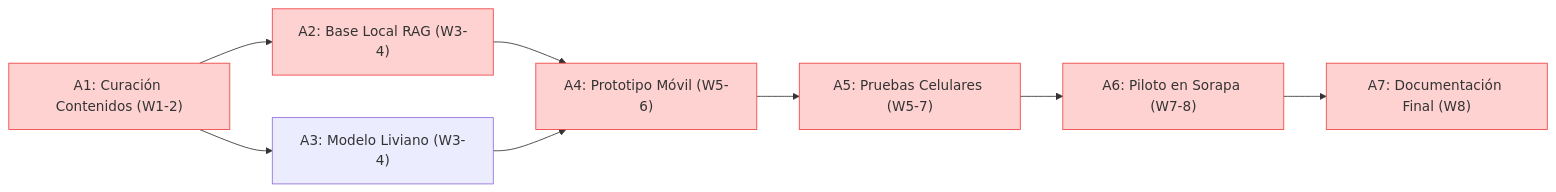
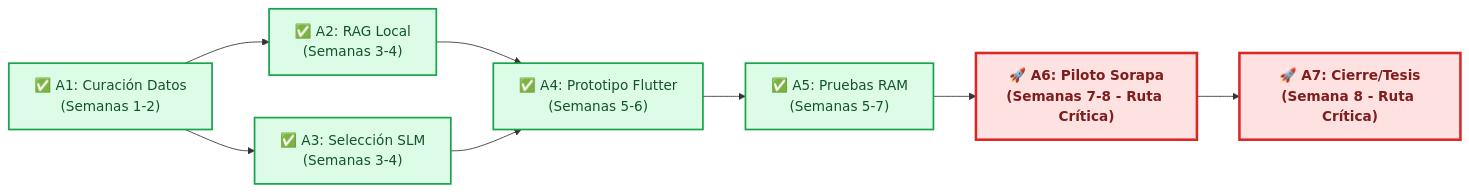
One commit to jhanslarico11/Perfil-de-Egreso changed the third of 5 diagrams in docs/ChristianRafaelMamaniCallata/entregable3.md. Above: the diagram before and after it, drawn with Mermaid. The commit also changed other lines of this file and 4 other files, not shown here.

Commit message:
Personalización visual y estilización de los diagramas Mermaid

````diff
--- a/docs/ChristianRafaelMamaniCallata/entregable3.md
+++ b/docs/ChristianRafaelMamaniCallata/entregable3.md
@@ -218,17 +225,16 @@
 ```mermaid
 graph LR
-    A1["A1: Curación Contenidos (W1-2)"] --> A2["A2: Base Local RAG (W3-4)"]
-    A1 --> A3["A3: Modelo Liviano (W3-4)"]
-    A2 --> A4["A4: Prototipo Móvil (W5-6)"]
+    classDef critical fill:#fee2e2,stroke:#dc2626,stroke-width:3px,color:#7f1d1d,font-weight:bold;
+    classDef done fill:#dcfce7,stroke:#16a34a,stroke-width:2px,color:#14532d;
+
+    A1["✅ A1: Curación Datos<br>(Semanas 1-2)"]:::done --> A2["✅ A2: RAG Local<br>(Semanas 3-4)"]:::done
+    A1 --> A3["✅ A3: Selección SLM<br>(Semanas 3-4)"]:::done
+    A2 --> A4["✅ A4: Prototipo Flutter<br>(Semanas 5-6)"]:::done
     A3 --> A4
-    A4 --> A5["A5: Pruebas Celulares (W5-7)"]
-    A5 --> A6["A6: Piloto en Sorapa (W7-8)"]
-    A6 --> A7["A7: Documentación Final (W8)"]
+    A4 --> A5["✅ A5: Pruebas RAM<br>(Semanas 5-7)"]:::done
+    A5 --> A6["🚀 A6: Piloto Sorapa<br>(Semanas 7-8 - Ruta Crítica)"]:::critical
+    A6 --> A7["🚀 A7: Cierre/Tesis<br>(Semana 8 - Ruta Crítica)"]:::critical
 
-    style A1 fill:#ffd2d2,stroke:#ef4444;
-    style A2 fill:#ffd2d2,stroke:#ef4444;
-    style A4 fill:#ffd2d2,stroke:#ef4444;
-    style A5 fill:#ffd2d2,stroke:#ef4444;
-    style A6 fill:#ffd2d2,stroke:#ef4444;
-    style A7 fill:#ffd2d2,stroke:#ef4444;
+    style A6 stroke-width:3px;
+    style A7 stroke-width:3px;
 ```
````
